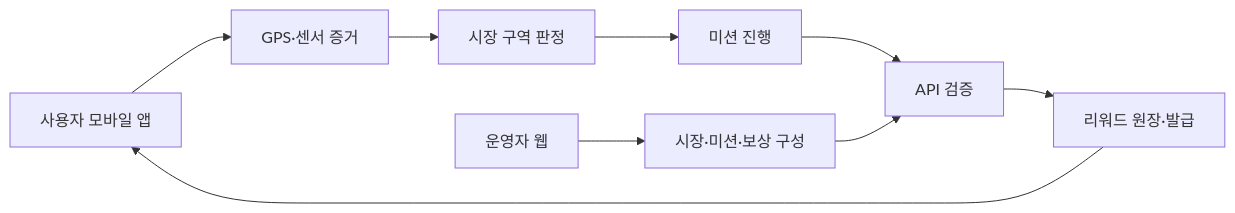
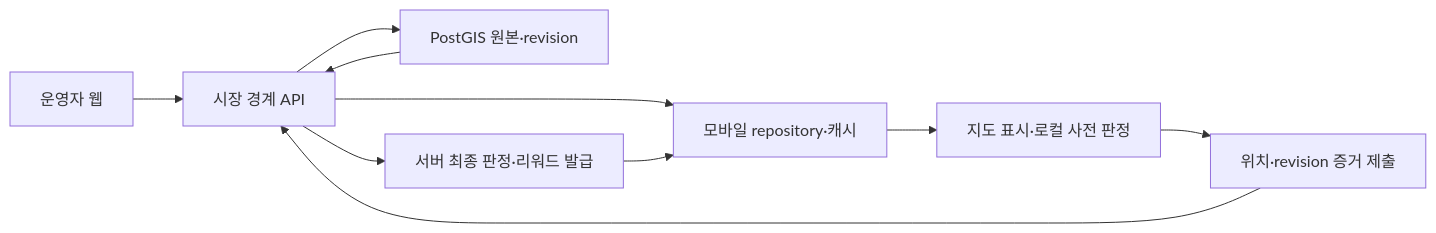
One commit to beejh02/nurigo changed the diagram in docs/ARCHITECTURE.md. Above: the diagram before and after it, drawn with Mermaid. The commit also changed other lines of this file and 5 other files, not shown here.

````diff
--- a/docs/ARCHITECTURE.md
+++ b/docs/ARCHITECTURE.md
@@ -53,11 +55,12 @@
 ```mermaid
 flowchart LR
-    A["사용자 모바일 앱"] --> B["GPS·센서 증거"]
-    B --> C["시장 구역 판정"]
-    C --> D["미션 진행"]
-    D --> E["API 검증"]
-    E --> F["리워드 원장·발급"]
-    G["운영자 웹"] --> H["시장·미션·보상 구성"]
-    H --> E
-    F --> A
+    A["운영자 웹"] --> B["시장 경계 API"]
+    B --> C["PostGIS 원본·revision"]
+    C --> B
+    B --> D["모바일 repository·캐시"]
+    D --> E["지도 표시·로컬 사전 판정"]
+    E --> F["위치·revision 증거 제출"]
+    F --> B
+    B --> G["서버 최종 판정·리워드 발급"]
+    G --> D
 ```
````
